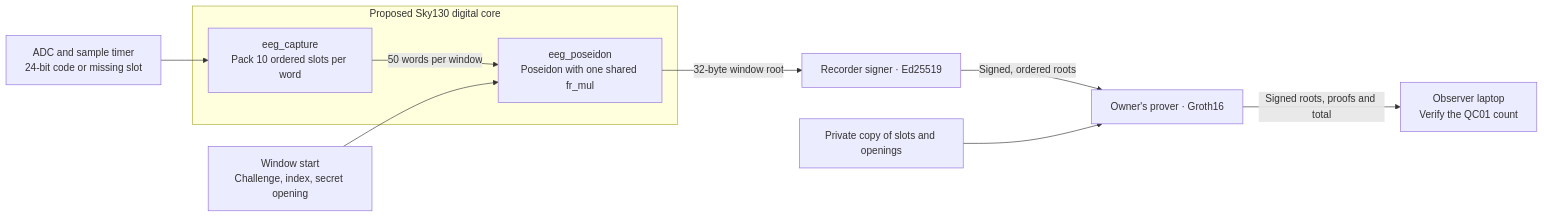
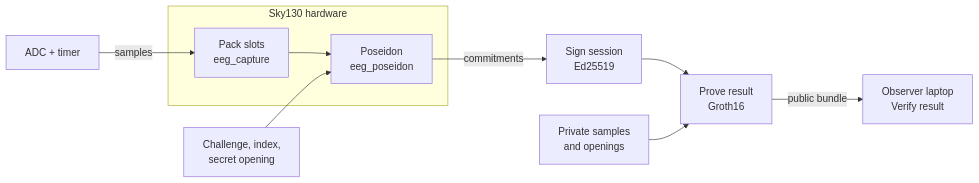
The diagram in README.md (LPSCRYPT/sky130-private-eeg), drawn with Mermaid before and after one commit. The commit also changed other lines of this file and 3 other files, not shown here.

Commit message:
Introduce private EEG verification and show the placed cell layout

````diff
--- a/README.md
+++ b/README.md
@@ -11,18 +15,12 @@
 ```mermaid
 flowchart LR
-    slots["ADC and sample timer<br/>24-bit code or missing slot"]
-    arm["Window start<br/>Challenge, index, secret opening"]
-
-    subgraph core["Proposed Sky130 digital core"]
-        pack["eeg_capture<br/>Pack 10 ordered slots per word"]
-        hash["eeg_poseidon<br/>Poseidon with one shared fr_mul"]
-        pack -->|"50 words per window"| hash
+    adc["ADC + timer"] -->|samples| pack
+    subgraph core["Sky130 hardware"]
+        pack["Pack slots<br/>eeg_capture"] --> hash["Poseidon<br/>eeg_poseidon"]
     end
-
-    slots --> pack
-    arm --> hash
-    hash -->|"32-byte window root"| sign["Recorder signer · Ed25519"]
-    sign -->|"Signed, ordered roots"| prove["Owner's prover · Groth16"]
-    witness["Private copy of slots and openings"] --> prove
-    prove -->|"Signed roots, proofs and total"| verify["Observer laptop<br/>Verify the QC01 count"]
+    init["Challenge, index,<br/>secret opening"] --> hash
+    hash -->|commitments| sign["Sign session<br/>Ed25519"]
+    sign --> prove["Prove result<br/>Groth16"]
+    privateData["Private samples<br/>and openings"] --> prove
+    prove -->|public bundle| laptop["Observer laptop<br/>Verify result"]
 ```
````
